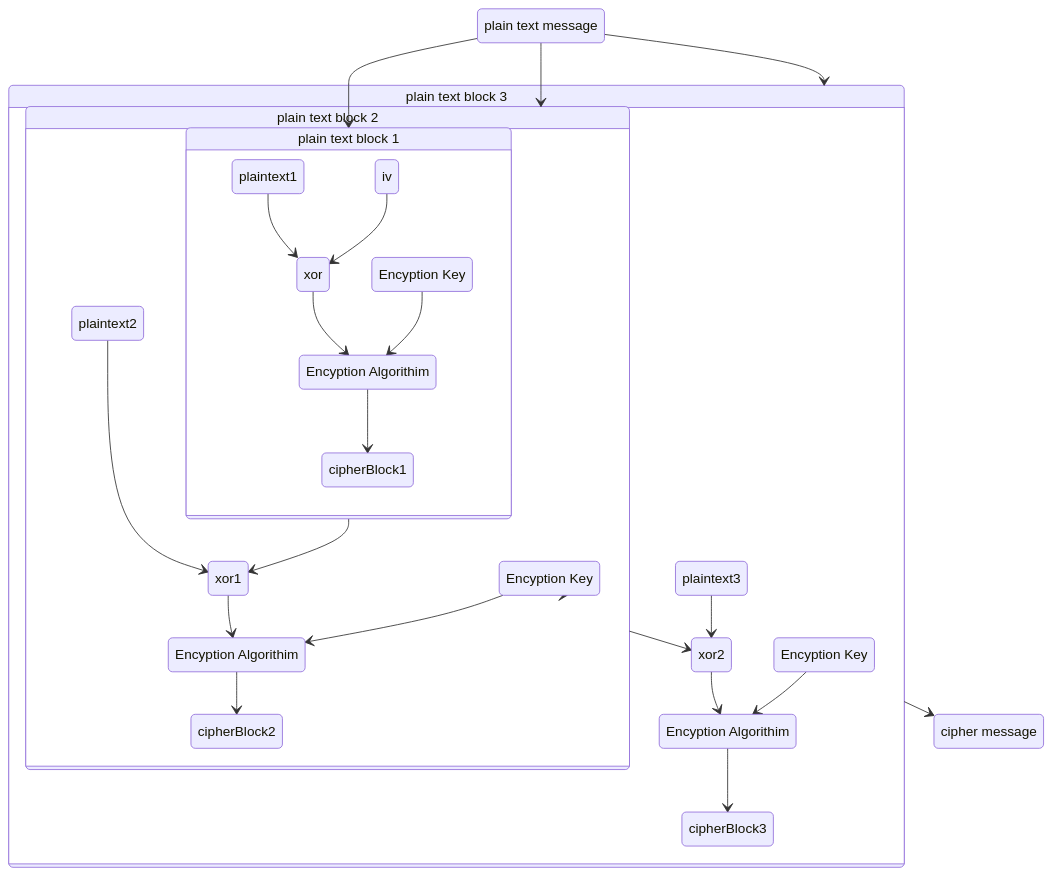
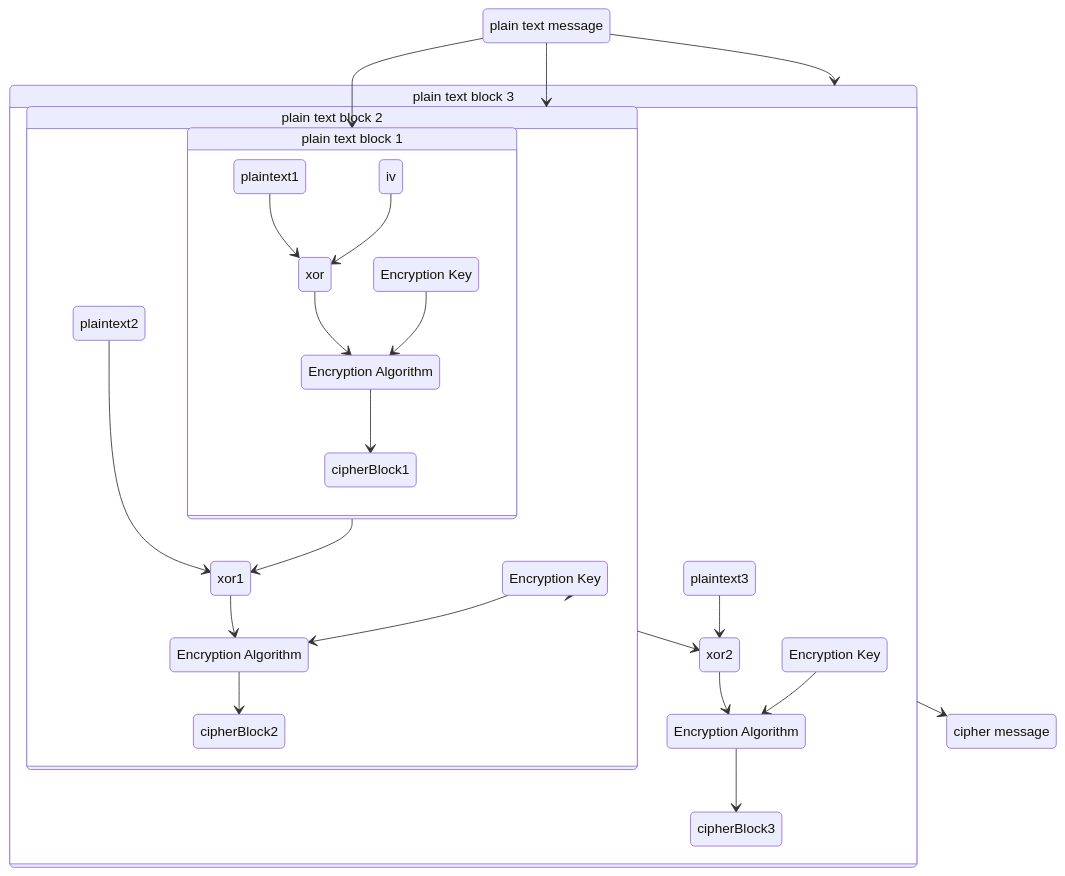
One commit to vishalguptahmh/githelper changed the second of 2 diagrams in README.md. Above: the diagram before and after it, drawn with Mermaid. The commit also changed other lines of this file and 6 other files, not shown here.

````diff
--- a/README.md
+++ b/README.md
@@ -295,53 +556,49 @@
 ```mermaid
-        stateDiagram-v2
-        State1 : plain text message
-        block1 : plain text block 1
-        block2 : plain text block 2
-        block3 : plain text block 3
+stateDiagram-v2
+    State1 : plain text message
+    block1 : plain text block 1
+    block2 : plain text block 2
+    block3 : plain text block 3
 
-        State1 --> block1
-        State1 --> block2
-        State1 --> block3
-    
-        enkey1: Encyption Key
-        enkey2: Encyption Key
-        enkey3: Encyption Key
+    State1 --> block1
+    State1 --> block2
+    State1 --> block3
 
-        encyptionAlgo : Encyption Algorithim
-        encyptionAlgo2 : Encyption Algorithim
-        encyptionAlgo3 : Encyption Algorithim
+    enkey1: Encryption Key
+    enkey2: Encryption Key
+    enkey3: Encryption Key
 
+    encryptionAlgo : Encryption Algorithm
+    encryptionAlgo2 : Encryption Algorithm
+    encryptionAlgo3 : Encryption Algorithm
 
-        state block1 {
-            plaintext1 --> xor
-            iv --> xor
-            xor --> encyptionAlgo
-            enkey1 --> encyptionAlgo 
-            encyptionAlgo --> cipherBlock1
-        }
+    state block1 {
+        plaintext1 --> xor
+        iv --> xor
+        xor --> encryptionAlgo
+        enkey1 --> encryptionAlgo
+        encryptionAlgo --> cipherBlock1
+    }
 
-        state block2 {
-            plaintext2 --> xor1
-            block1 --> xor1
-            xor1 --> encyptionAlgo2
-            enkey2 --> encyptionAlgo2
-            encyptionAlgo2 --> cipherBlock2
-        }
+    state block2 {
+        plaintext2 --> xor1
+        block1 --> xor1
+        xor1 --> encryptionAlgo2
+        enkey2 --> encryptionAlgo2
+        encryptionAlgo2 --> cipherBlock2
+    }
 
-        state block3 {
-            plaintext3 --> xor2
-            block2 --> xor2
-            xor2 --> encyptionAlgo3
-            enkey3 --> encyptionAlgo3
-            encyptionAlgo3 --> cipherBlock3
-        }
+    state block3 {
+        plaintext3 --> xor2
+        block2 --> xor2
+        xor2 --> encryptionAlgo3
+        enkey3 --> encryptionAlgo3
+        encryptionAlgo3 --> cipherBlock3
+    }
 
-        State2 : cipher message
-     
-        block1 --> block2
-        block2 --> block3
-        block3 --> State2
+    State2 : cipher message
 
-
-        
+    block1 --> block2
+    block2 --> block3
+    block3 --> State2
 ```
````
